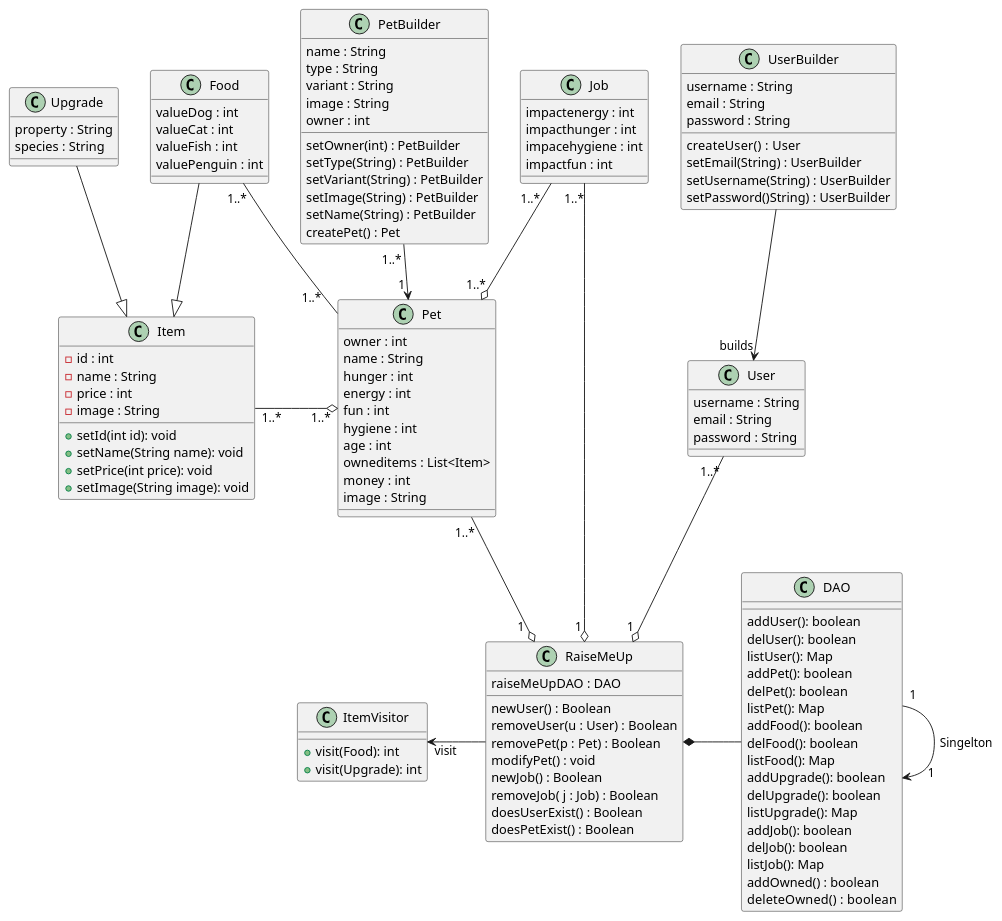
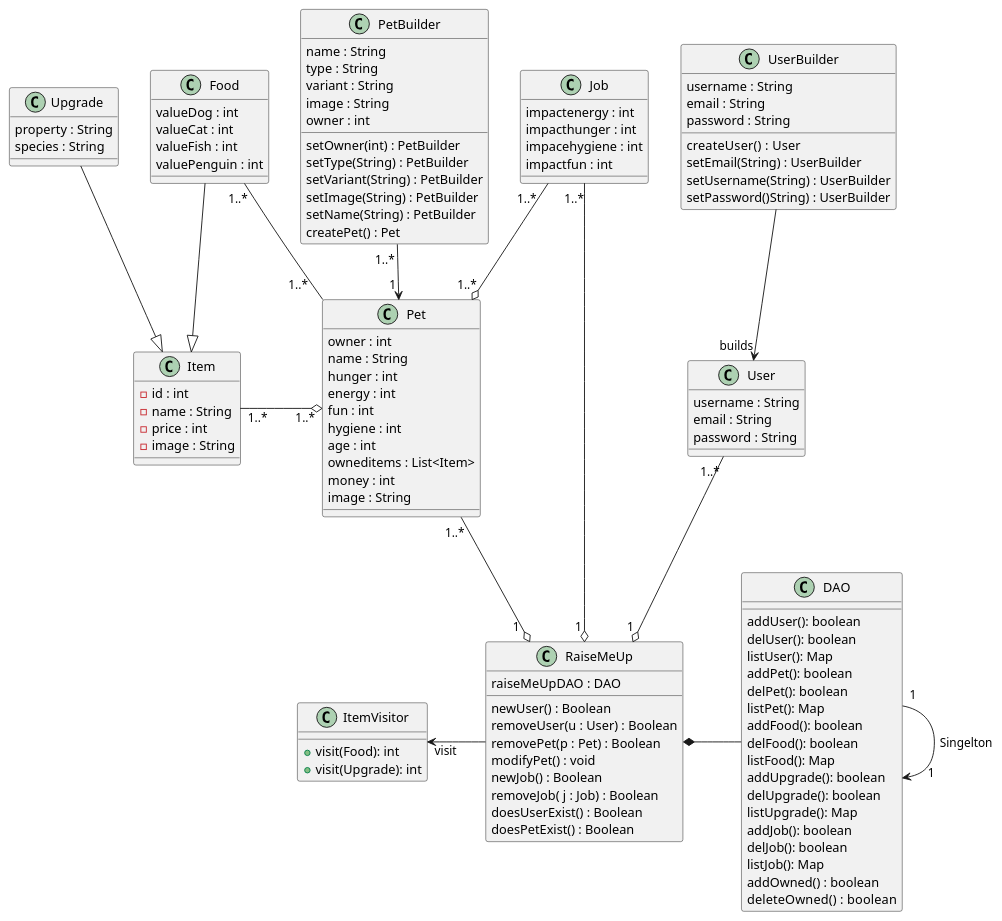
Before and after one commit to sh4r10/thesis-autogen-classdiagrams: the diagram in artefacts/human-diagrams/p2.puml, drawn with PlantUML.

Commit message:
remove methods of item p2.puml

```diff
--- a/artefacts/human-diagrams/p2.puml
+++ b/artefacts/human-diagrams/p2.puml
@@ -1,126 +1,122 @@
 @startuml
 class PetBuilder {
     name : String
     type : String
     variant : String
     image : String
     owner : int
 
     setOwner(int) : PetBuilder
     setType(String) : PetBuilder
     setVariant(String) : PetBuilder
     setImage(String) : PetBuilder
     setName(String) : PetBuilder
     createPet() : Pet
 }
 
 class Pet {
     owner : int
     name : String
     hunger : int
     energy : int
     fun : int
     hygiene : int
     age : int
     owneditems : List<Item>
     money : int
     image : String
 }
 class User {
     username : String
     email : String
     password : String
 }
 class UserBuilder {
     username : String
     email : String
     password : String
 
     createUser() :  User
     setEmail(String) : UserBuilder
     setUsername(String) : UserBuilder
     setPassword()String) : UserBuilder
 }
 
 class Job {
     impactenergy : int
     impacthunger : int
     impacehygiene : int
     impactfun : int
 }
 class Food{
     valueDog : int
     valueCat : int
     valueFish : int
     valuePenguin : int
 }
 class Upgrade{
     property : String
     species : String
 }
 class Item {
     -id : int
     -name : String
     -price : int
     -image : String
-    +setId(int id): void
-    +setName(String name): void
-    +setPrice(int price): void
-    +setImage(String image): void
 }
 class ItemVisitor {
     +visit(Food): int
     +visit(Upgrade): int
 }
 
 class RaiseMeUp {
     raiseMeUpDAO : DAO
     newUser() : Boolean
     removeUser(u : User) : Boolean
     removePet(p : Pet) : Boolean
     modifyPet() : void
     newJob() : Boolean
     removeJob( j : Job) : Boolean
     doesUserExist() : Boolean
     doesPetExist() : Boolean
 }
 
 class DAO {
     addUser(): boolean
     delUser(): boolean
     listUser(): Map
     addPet(): boolean
     delPet(): boolean
     listPet(): Map
     addFood(): boolean
     delFood(): boolean
     listFood(): Map
     addUpgrade(): boolean
     delUpgrade(): boolean
     listUpgrade(): Map
     addJob(): boolean
     delJob(): boolean
     listJob(): Map
     addOwned() : boolean
     deleteOwned() :  boolean
 }
 Upgrade -[hidden] Food
 
 Food --|> Item
 Upgrade --|> Item
 
 PetBuilder "1..* " --> "1 " Pet
 UserBuilder -d-> "builds" User
 
 Job "1..*  " --o "1..*"Pet
 Item "1..*" -r-o "1..*" Pet : \t\t
 RaiseMeUp -l-> "visit" ItemVisitor : \t
 Food "1..*"--"1..*   " Pet
 
 Job "1..*" --o "1 " RaiseMeUp
 User "1..*" --o "1 " RaiseMeUp
 Pet "1..*" --o "1  " RaiseMeUp
 
 DAO "1"--> "      1" DAO : "Singelton"
 DAO -l-* RaiseMeUp : \t
 @enduml
```
